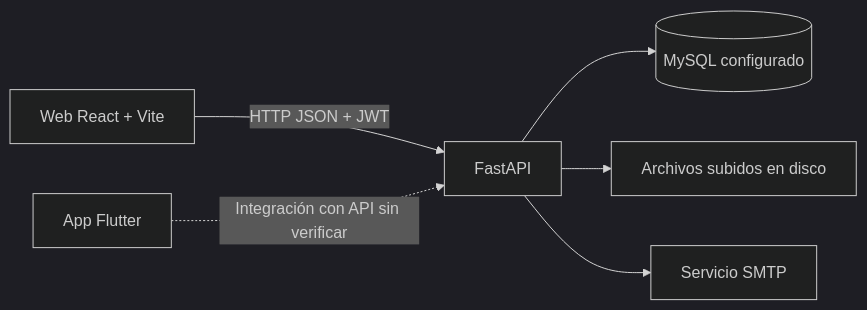
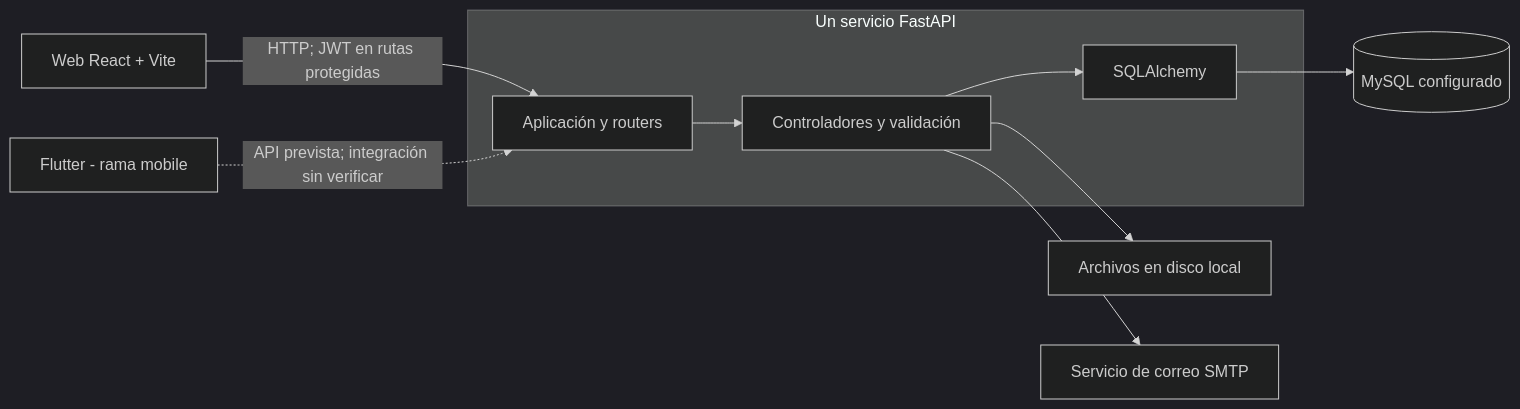
The second of 5 diagrams in diagramas/README.md (Aerxs666/FOCCUS-RF), drawn with Mermaid (dark theme) before and after one commit. The commit also changed other lines of this file and 6 other files, not shown here.

````diff
--- a/diagramas/README.md
+++ b/diagramas/README.md
@@ -25,8 +27,12 @@
 ```mermaid
 flowchart LR
-  W[Web React + Vite] -->|HTTP JSON + JWT| API[FastAPI]
-  F[App Flutter] -.->|Integración con API sin verificar| API
-  API --> DB[(MySQL configurado)]
-  API --> FS[Archivos subidos en disco]
-  API --> SMTP[Servicio SMTP]
+  W[Web React + Vite] -->|HTTP; JWT en rutas protegidas| API
+  F[Flutter - rama mobile] -.->|API prevista; integración sin verificar| API
+  subgraph Backend["Un servicio FastAPI"]
+    API[Aplicación y routers] --> L[Controladores y validación]
+    L --> ORM[SQLAlchemy]
+  end
+  ORM --> DB[(MySQL configurado)]
+  L --> FS[Archivos en disco local]
+  L --> SMTP[Servicio de correo SMTP]
 ```
````
